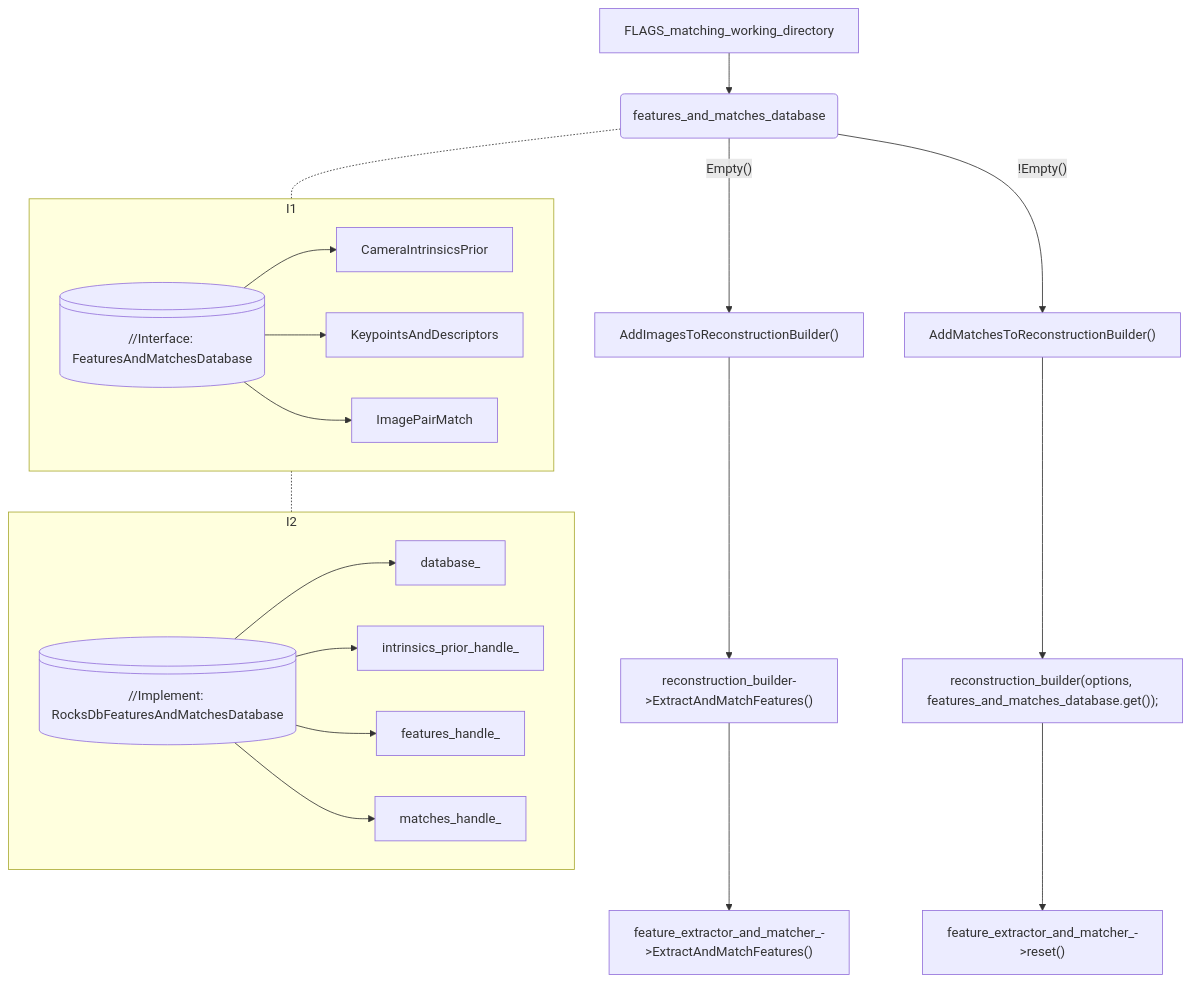
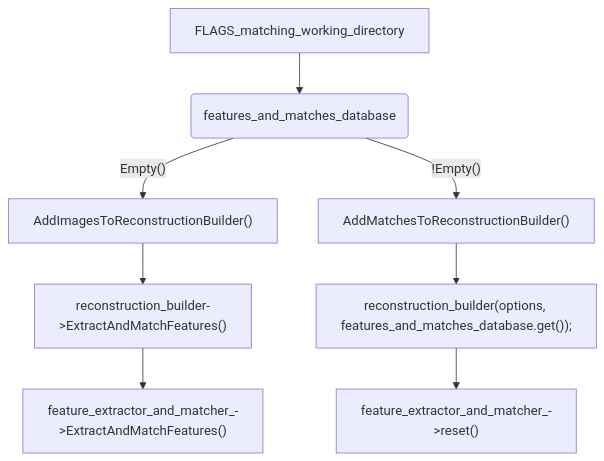
One commit to StonerLing/stonerling.github.io changed the first of 3 diagrams in _posts/2024-10-09-theiasfm-2-image-and-feature.md. Above: the diagram before and after it, drawn with Mermaid. The commit also changed other lines of this file, not shown here.

Commit message:
修复mermaid图不能正常显示的问题。

````diff
--- a/_posts/2024-10-09-theiasfm-2-image-and-feature.md
+++ b/_posts/2024-10-09-theiasfm-2-image-and-feature.md
@@ -324,29 +324,11 @@
 ```mermaid
 flowchart TD
     A[FLAGS_matching_working_directory] -->B(features_and_matches_database)
     B -->|"Empty()"| C["AddImagesToReconstructionBuilder()"]
     B -->|"!Empty()"| D["AddMatchesToReconstructionBuilder()"]
     C --> E["reconstruction_builder->ExtractAndMatchFeatures()"]
     E --> F["feature_extractor_and_matcher_->ExtractAndMatchFeatures()"]
     D --> G["reconstruction_builder(options, features_and_matches_database.get());"]
     G --> H["feature_extractor_and_matcher_->reset()"]
 
-    subgraph I1
-        direction LR
-        Interface@{ shape: lin-cyl, label: "//Interface: FeaturesAndMatchesDatabase" }
-        Interface --> Interface_1["CameraIntrinsicsPrior"]
-        Interface --> Interface_2["KeypointsAndDescriptors"]
-        Interface --> Interface_3["ImagePairMatch"]
-    end
-
-    subgraph I2
-        direction LR
-        implement@{ shape: lin-cyl, label: "//Implement: RocksDbFeaturesAndMatchesDatabase" }
-        implement --> implement_1["database_"]
-        implement --> implement_2["intrinsics_prior_handle_"]
-        implement --> implement_3["features_handle_"]
-        implement --> implement_4["matches_handle_"]
-    end
-    B -.- I1
-    I1 -.- I2
 ```
````
